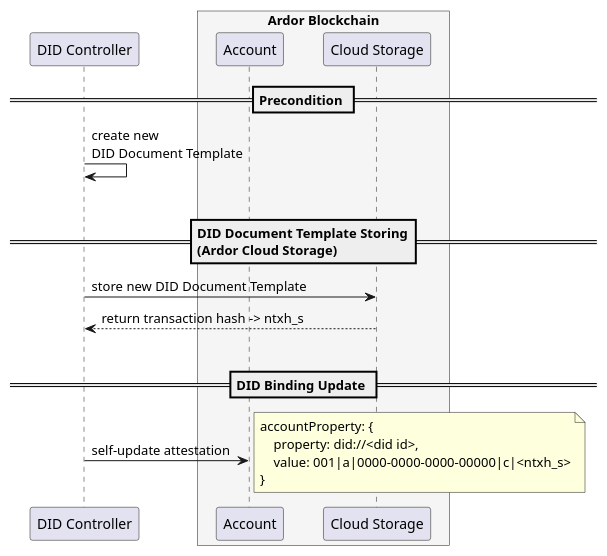
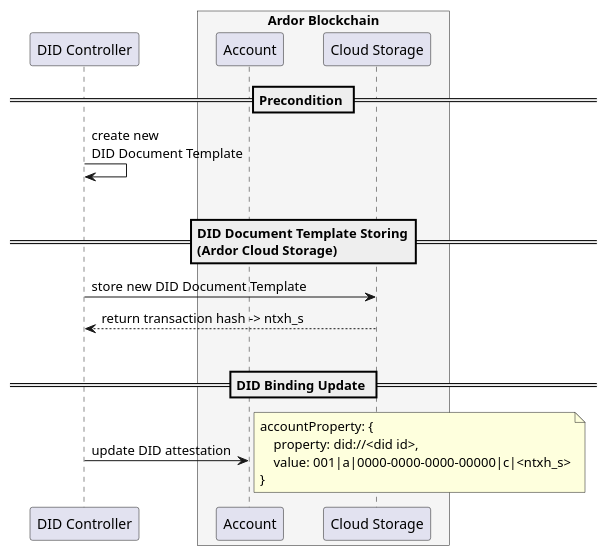
The diagram in docs/plantuml/src/did-document-template-update.puml (blobaa/bba-did-method-specification), drawn with PlantUML before and after one commit. The commit also changed 10 other files, not shown here.

```diff
--- a/docs/plantuml/src/did-document-template-update.puml
+++ b/docs/plantuml/src/did-document-template-update.puml
@@ -1,36 +1,36 @@
 @startuml
 skinparam BoxPadding 15
 skinparam ParticipantPadding 15
 
 
 participant "DID Controller" as DCR
 box "Ardor Blockchain" #WhiteSmoke
     participant "Account" as ATTE
     participant "Cloud Storage" as STR
 end box
 
 
 == Precondition ==
 
 DCR -> DCR: create new\nDID Document Template
 |||
 
 
 == DID Document Template Storing\n(Ardor Cloud Storage) ==
 
 DCR -> STR: store new DID Document Template
 STR --> DCR: return transaction hash -> ntxh_s
 |||
 
 
 == DID Binding Update ==
 
-DCR -> ATTE: self-update attestation
+DCR -> ATTE: update DID attestation
 note right
     accountProperty: {
         property: did://<did id>,
         value: 001|a|0000-0000-0000-00000|c|<ntxh_s>
     }
 end note
 
 @enduml
```
